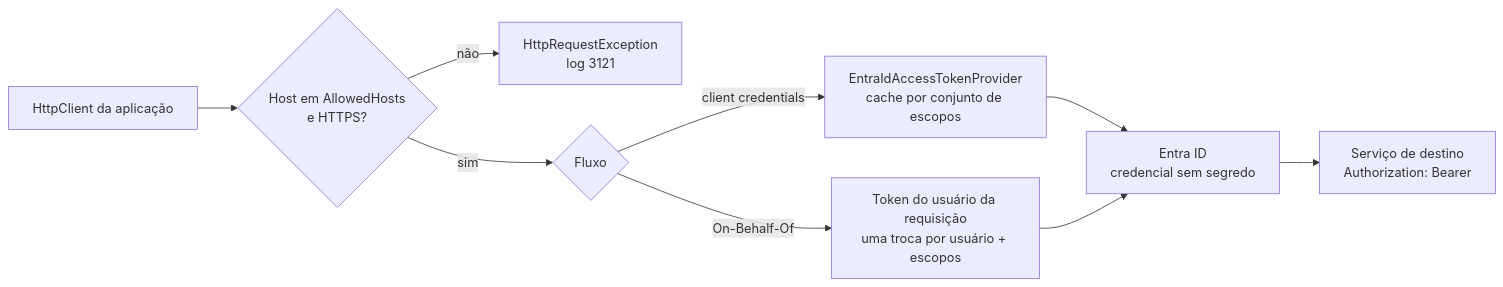
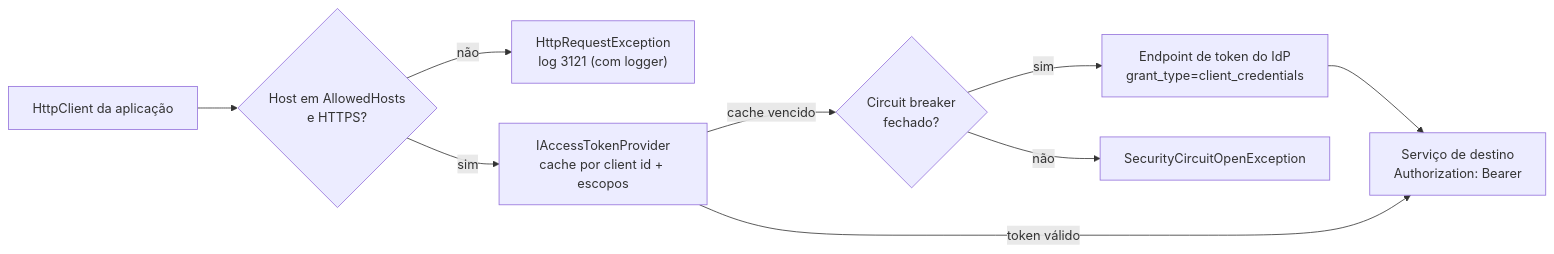
The diagram in docs/chamadas-entre-servicos.md (tudoemcodigo/lib-tec-security), drawn with Mermaid before and after one commit. The commit also changed other lines of this file and 37 other files, not shown here.

````diff
--- a/docs/chamadas-entre-servicos.md
+++ b/docs/chamadas-entre-servicos.md
@@ -28,11 +27,11 @@
 ```mermaid
 flowchart LR
     APP["HttpClient da aplicação"] --> H{"Host em AllowedHosts<br/>e HTTPS?"}
-    H -->|não| X["HttpRequestException<br/>log 3121"]
-    H -->|sim| C{"Fluxo"}
-    C -->|client credentials| P["EntraIdAccessTokenProvider<br/>cache por conjunto de escopos"]
-    C -->|On-Behalf-Of| O["Token do usuário da requisição<br/>uma troca por usuário + escopos"]
-    P --> E["Entra ID<br/>credencial sem segredo"]
-    O --> E
+    H -->|não| X["HttpRequestException<br/>log 3121 (com logger)"]
+    H -->|sim| P["IAccessTokenProvider<br/>cache por client id + escopos"]
+    P -->|"cache vencido"| CB{"Circuit breaker<br/>fechado?"}
+    CB -->|sim| E["Endpoint de token do IdP<br/>grant_type=client_credentials"]
+    CB -->|não| F["SecurityCircuitOpenException"]
     E --> D["Serviço de destino<br/>Authorization: Bearer"]
+    P -->|"token válido"| D
 ```
````
